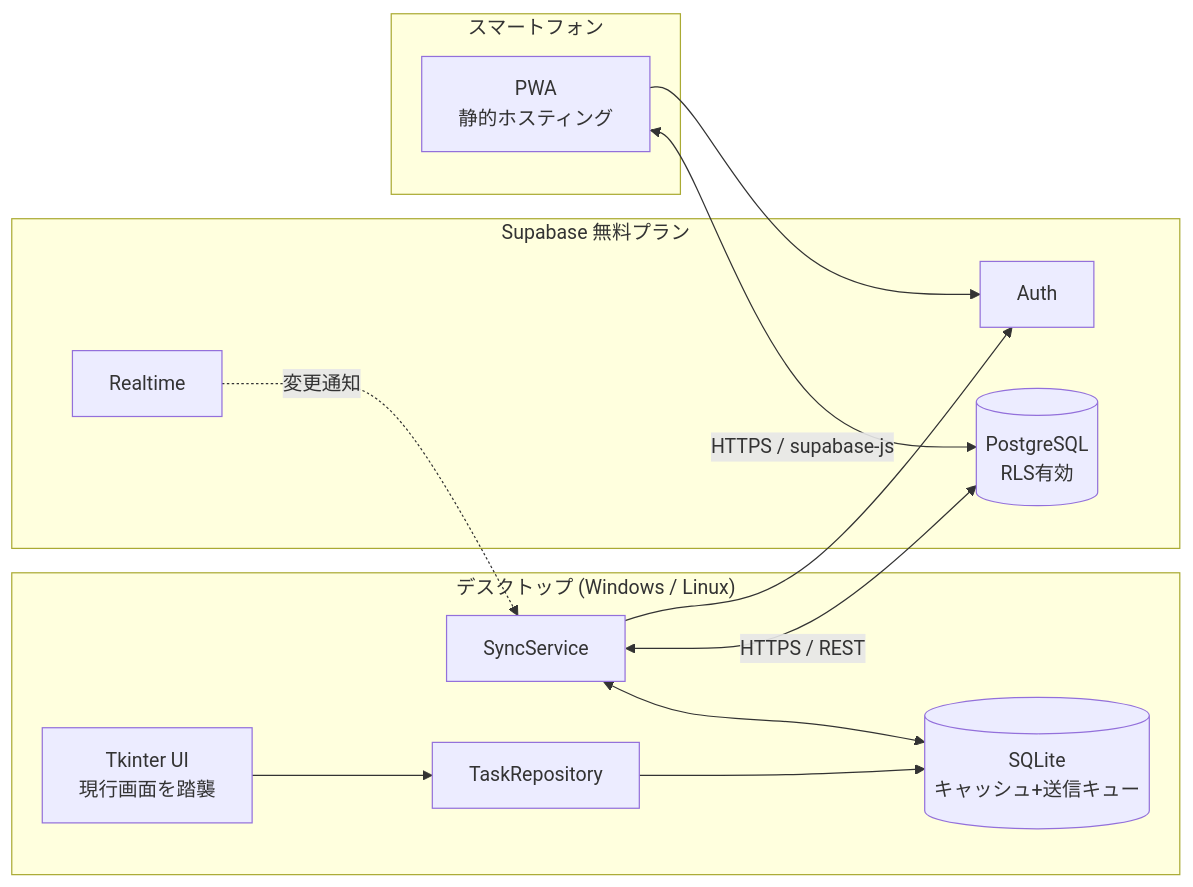
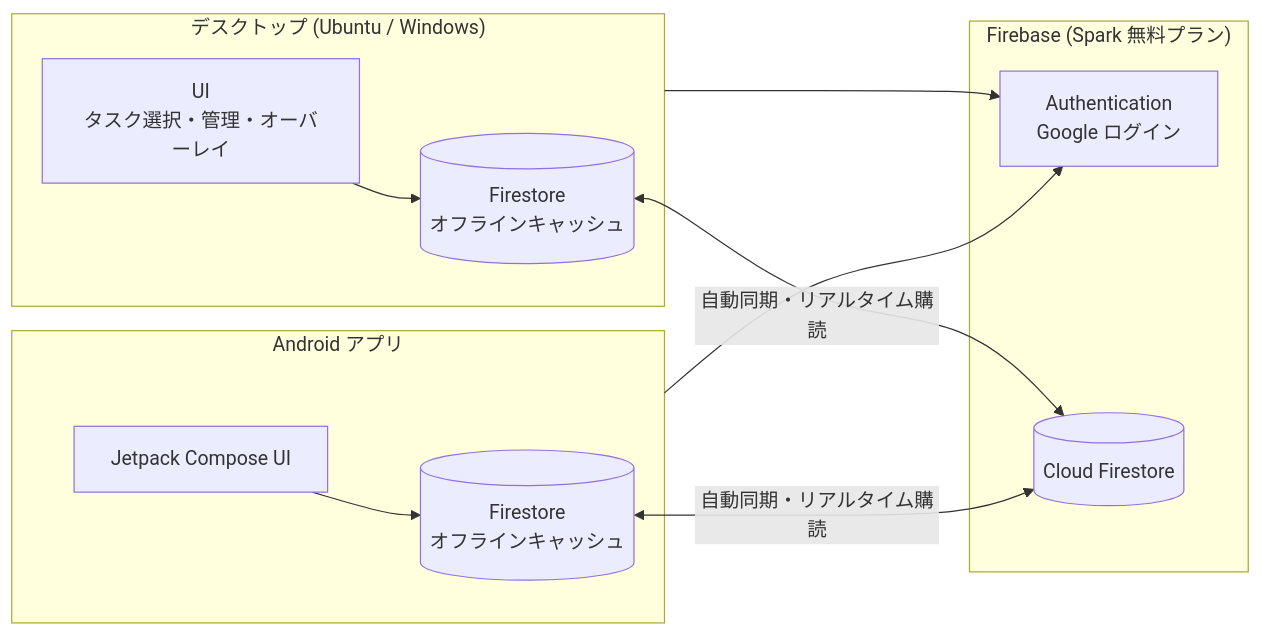
One commit to kazi983/30min-task-timer-python changed the diagram in v2/docs/requirements.md. Above: the diagram before and after it, drawn with Mermaid. The commit also changed other lines of this file, not shown here.

First line of the commit message:
docs: revise v2 requirements for Firebase, Android app and desktop tech review

````diff
--- a/v2/docs/requirements.md
+++ b/v2/docs/requirements.md
@@ -159,27 +222,24 @@
 ```mermaid
 flowchart LR
-    subgraph Desktop["デスクトップ (Windows / Linux)"]
-        UI[Tkinter UI<br/>現行画面を踏襲]
-        Repo[TaskRepository]
-        Cache[(SQLite<br/>キャッシュ+送信キュー)]
-        Sync[SyncService]
-        UI --> Repo --> Cache
-        Sync <--> Cache
+    subgraph Desktop["デスクトップ (Ubuntu / Windows)"]
+        DUI[UI<br/>タスク選択・管理・オーバーレイ]
+        DCache[(Firestore<br/>オフラインキャッシュ)]
+        DUI --> DCache
     end
 
-    subgraph Cloud["Supabase 無料プラン"]
-        Auth[Auth]
-        DB[(PostgreSQL<br/>RLS有効)]
-        RT[Realtime]
+    subgraph Firebase["Firebase (Spark 無料プラン)"]
+        Auth[Authentication<br/>Google ログイン]
+        FS[(Cloud Firestore)]
     end
 
-    subgraph Mobile["スマートフォン"]
-        PWA[PWA<br/>静的ホスティング]
+    subgraph Android["Android アプリ"]
+        AUI[Jetpack Compose UI]
+        ACache[(Firestore<br/>オフラインキャッシュ)]
+        AUI --> ACache
     end
 
-    Sync <-->|HTTPS / REST| DB
-    RT -.->|変更通知| Sync
-    PWA <-->|HTTPS / supabase-js| DB
-    PWA --> Auth
-    Sync --> Auth
+    DCache <-->|自動同期・リアルタイム購読| FS
+    ACache <-->|自動同期・リアルタイム購読| FS
+    Desktop --> Auth
+    Android --> Auth
 ```
````
